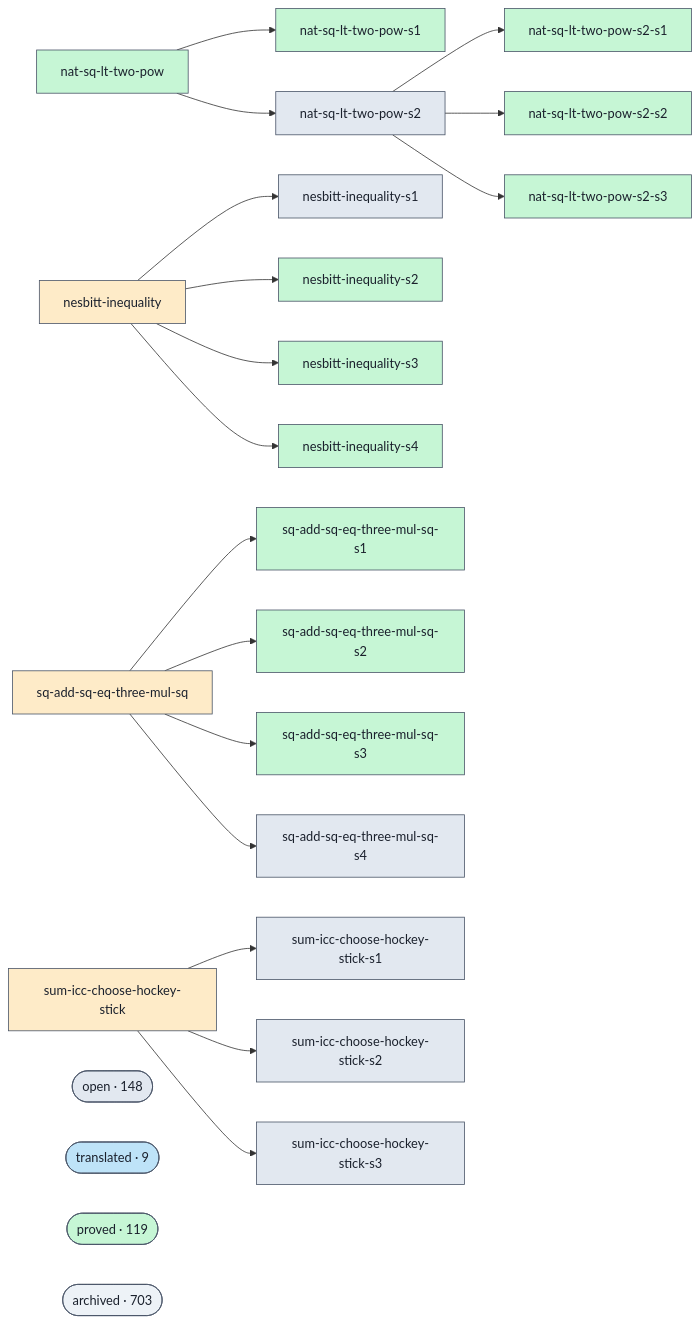
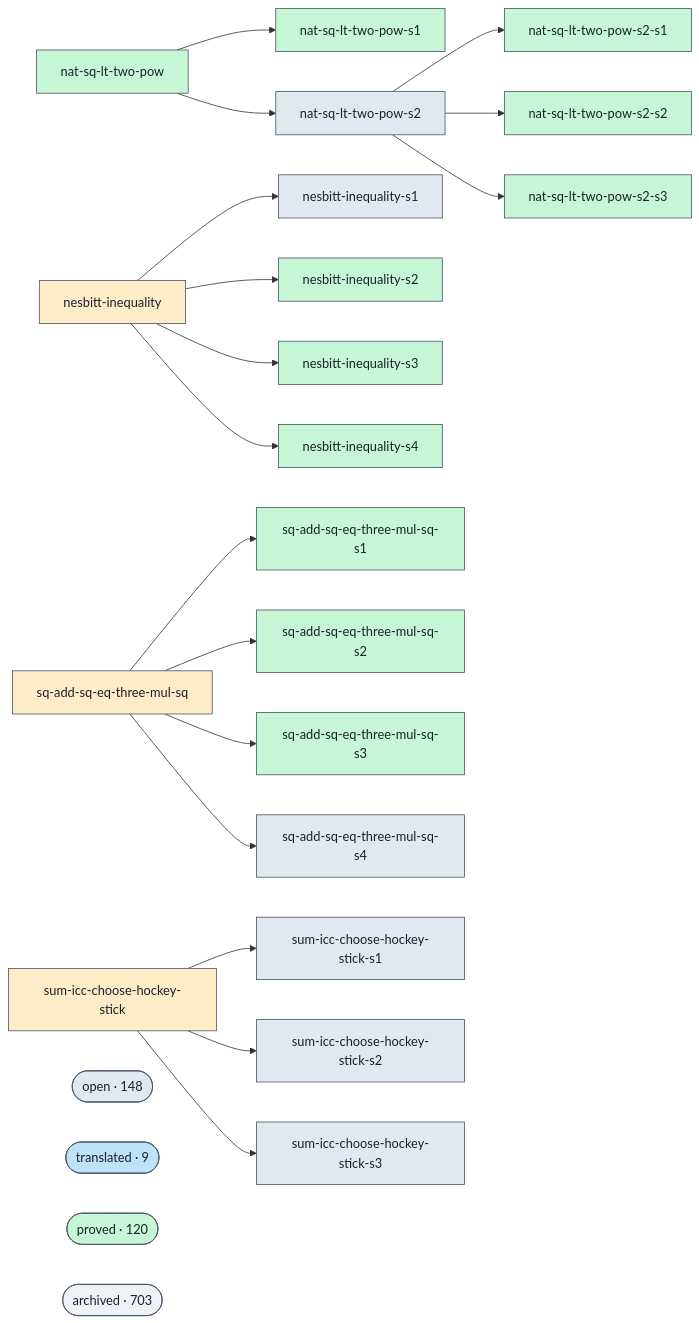
One commit to ohdearquant/unsorry changed the diagram in docs/proofs-contributors-visualisation.md. Above: the diagram before and after it, drawn with Mermaid. The commit also changed other lines of this file and 2 other files, not shown here.

```diff
--- a/docs/proofs-contributors-visualisation.md
+++ b/docs/proofs-contributors-visualisation.md
@@ -102,7 +102,7 @@
   class cluster_open open;
   cluster_translated(["translated · 9"])
   class cluster_translated translated;
-  cluster_proved(["proved · 119"])
+  cluster_proved(["proved · 120"])
   class cluster_proved proved;
   cluster_archived(["archived · 703"])
   class cluster_archived unknown;
```
